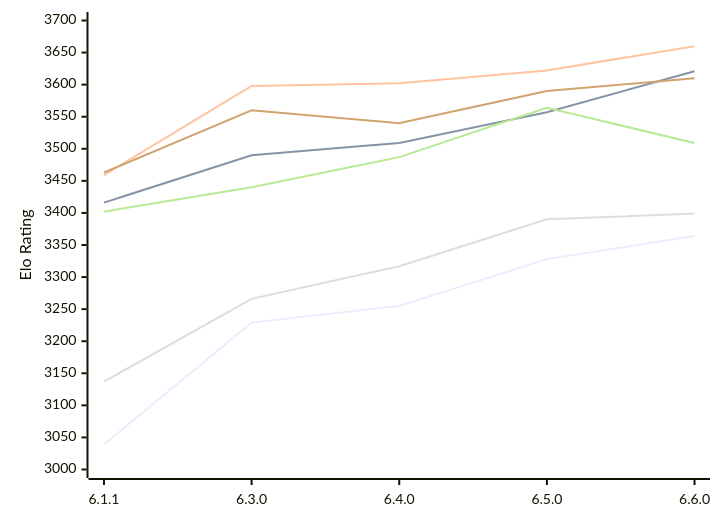
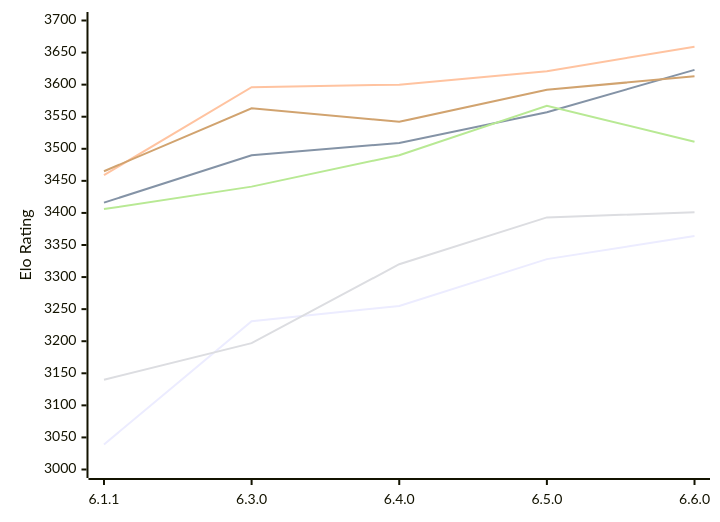
One commit to computer-chess-index/cci changed the first of 2 diagrams in engines/Zigqueen.md. Above: the diagram before and after it, drawn with Mermaid. The commit also changed other lines of this file, not shown here.

Commit message:
Update CCI Ratings (ELO VLTC) - 2026-11-24

````diff
--- a/engines/Zigqueen.md
+++ b/engines/Zigqueen.md
@@ -59,12 +59,12 @@
 ```mermaid
 %%{init: {"theme":"base","themeVariables":{"seriesColors:['#a3a3a3','#222221','#faa371']}}}%%
 xychart-beta
   x-axis ["6.1.1", "6.3.0", "6.4.0", "6.5.0", "6.6.0"]
   y-axis "Elo Rating" 3000 --> 3700
-  line "E1: STC (8.0+0.08s)" [3039, 3229, 3255, 3328, 3364]
-  line "E1: LTC (60.0+0.60s)" [3416, 3490, 3509, 3557, 3621]
-  line "E1: VLTC (2m24s+1.12s)" [3459, 3598, 3602, 3622, 3660]
-  line "P1: STC (8.0+0.08s)" [3137, 3266, 3317, 3390, 3399]
-  line "P1: LTC (60.0+0.60s)" [3402, 3440, 3487, 3564, 3509]
-  line "P1: VLTC (2m24s+1.12s)" [3463, 3560, 3540, 3590, 3610]
+  line "E1: STC (8.0+0.08s)" [3039, 3231, 3255, 3328, 3364]
+  line "E1: LTC (60.0+0.60s)" [3416, 3490, 3509, 3557, 3623]
+  line "E1: VLTC (2m24s+1.12s)" [3459, 3596, 3600, 3621, 3659]
+  line "P1: STC (8.0+0.08s)" [3140, 3197, 3320, 3393, 3401]
+  line "P1: LTC (60.0+0.60s)" [3406, 3441, 3490, 3567, 3511]
+  line "P1: VLTC (2m24s+1.12s)" [3465, 3563, 3542, 3592, 3613]
 ```
````
